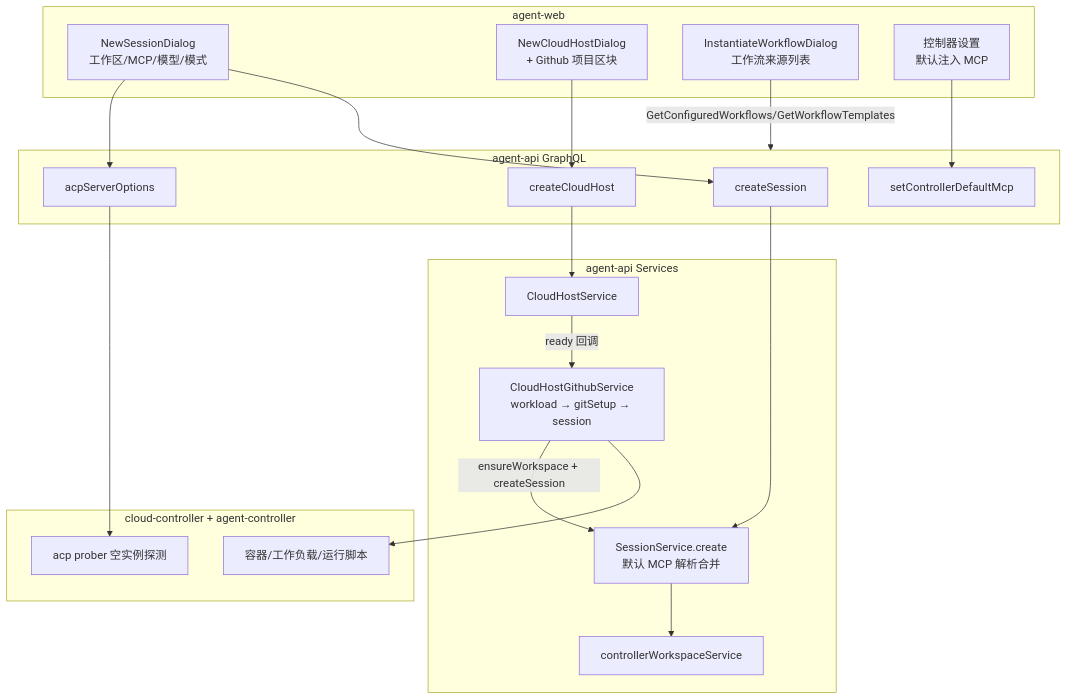
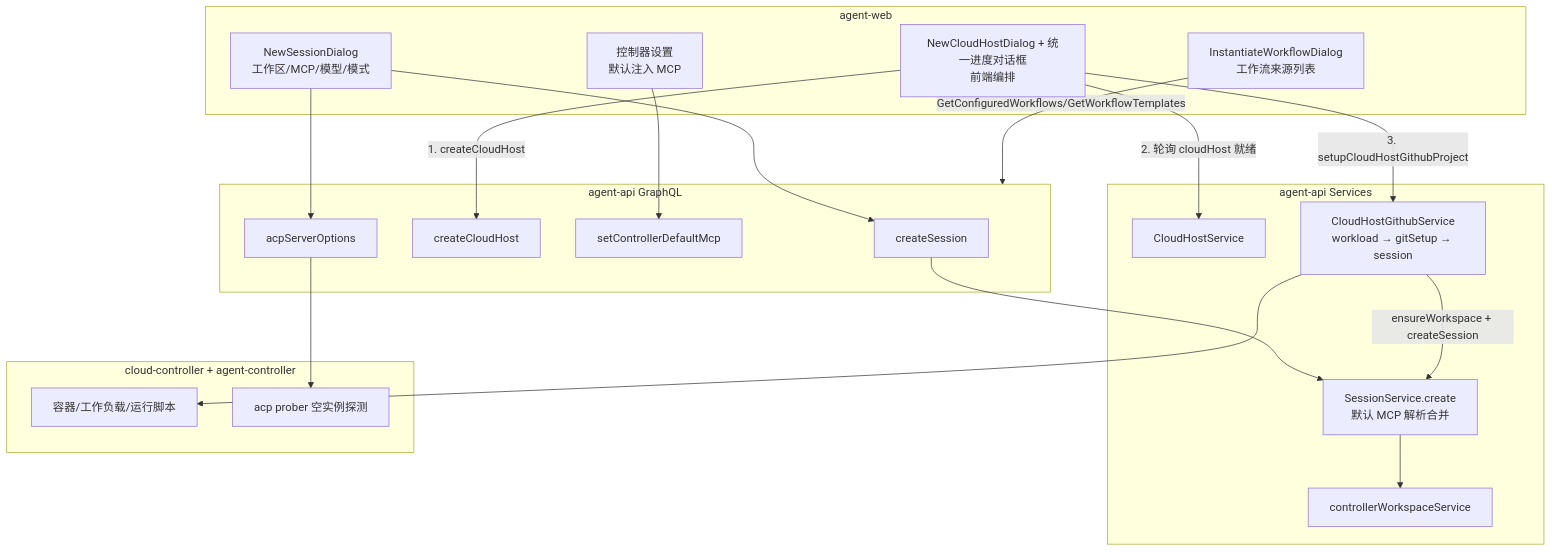
The first of 4 diagrams in docs/engineering/proposals/20261022-feat-cloud-container-optimization-phase1.md (Deliay/z-agent-gear), drawn with Mermaid before and after one commit. The commit also changed other lines of this file and 2 other files, not shown here.

````diff
--- a/docs/engineering/proposals/20261022-feat-cloud-container-optimization-phase1.md
+++ b/docs/engineering/proposals/20261022-feat-cloud-container-optimization-phase1.md
@@ -55,37 +58,37 @@
 ```mermaid
 graph TD
     subgraph Web[agent-web]
         NSD[NewSessionDialog<br/>工作区/MCP/模型/模式]
-        NCH[NewCloudHostDialog<br/>+ Github 项目区块]
+        NCH[NewCloudHostDialog + 统一进度对话框<br/>前端编排]
         IWD[InstantiateWorkflowDialog<br/>工作流来源列表]
         CCS[控制器设置<br/>默认注入 MCP]
     end
     subgraph API[agent-api GraphQL]
         CS[createSession]
         CCH[createCloudHost]
         SCM[setControllerDefaultMcp]
         SO[acpServerOptions]
     end
     subgraph SVC[agent-api Services]
         SS[SessionService.create<br/>默认 MCP 解析合并]
         CHS[CloudHostService]
         CHG[CloudHostGithubService<br/>workload → gitSetup → session]
         WS[controllerWorkspaceService]
     end
     subgraph CC[cloud-controller + agent-controller]
         CONT[容器/工作负载/运行脚本]
         PROBE[acp prober 空实例探测]
     end
     NSD --> CS
     NSD --> SO
     CCS --> SCM
     IWD -->|GetConfiguredWorkflows/GetWorkflowTemplates| API
-    NCH --> CCH
-    CCH --> CHS
-    CHS -->|ready 回调| CHG
+    NCH -->|1. createCloudHost| CCH
+    NCH -->|2. 轮询 cloudHost 就绪| CHS
+    NCH -->|3. setupCloudHostGithubProject| CHG
     CHG --> CONT
     CS --> SS
     SS --> WS
     SO --> PROBE
     CHG -->|ensureWorkspace + createSession| SS
 ```
````
